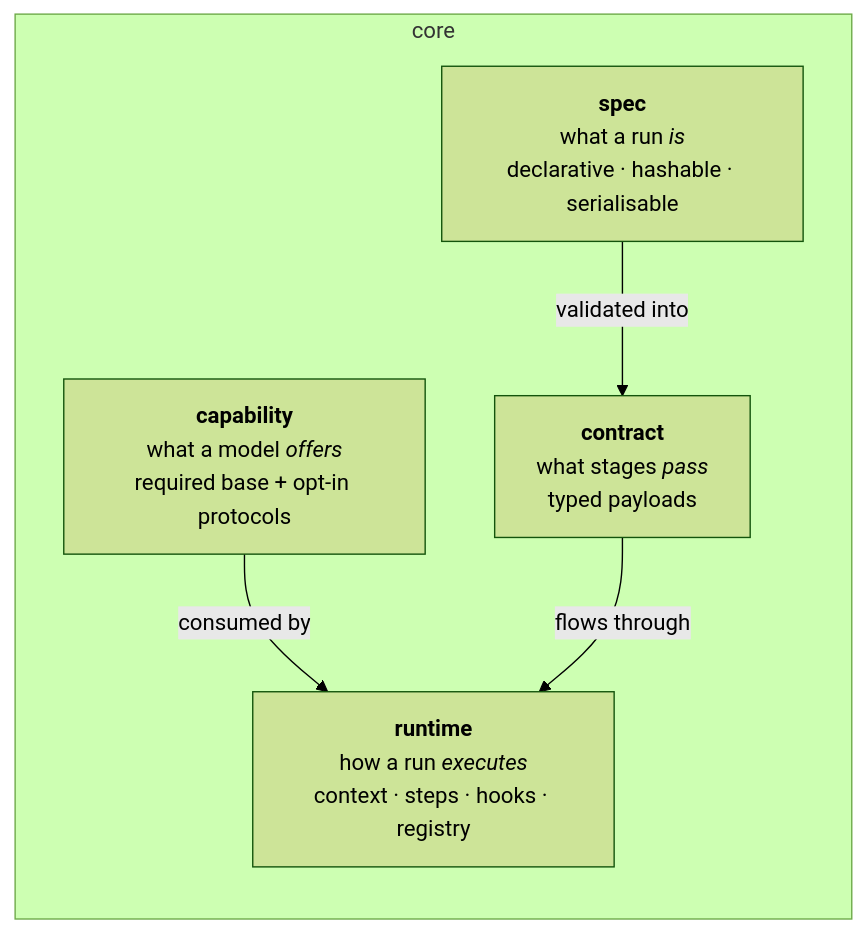
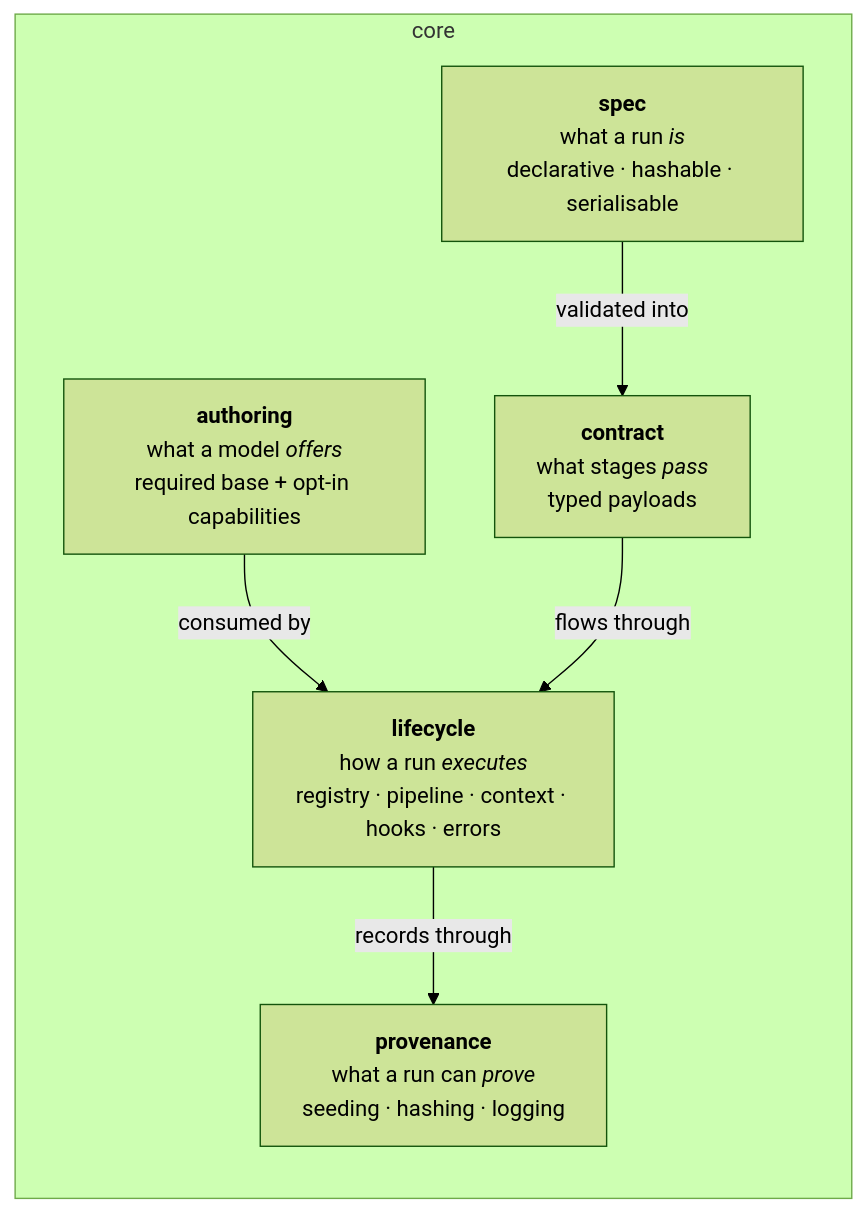
One commit to JStevens95/QuantStrata changed the fourth of 17 diagrams in src/rade_qnet/docs/ARCHITECTURE.md. Above: the diagram before and after it, drawn with Mermaid (forest theme). The commit also changed other lines of this file and 43 other files, not shown here.

````diff
--- a/src/rade_qnet/docs/ARCHITECTURE.md
+++ b/src/rade_qnet/docs/ARCHITECTURE.md
@@ -182,13 +182,15 @@
 ```mermaid
 flowchart LR
     subgraph CORE["core"]
         direction TB
         SPEC["<b>spec</b><br/>what a run <i>is</i><br/>declarative · hashable · serialisable"]
         CONTRACT["<b>contract</b><br/>what stages <i>pass</i><br/>typed payloads"]
-        CAPABILITY["<b>capability</b><br/>what a model <i>offers</i><br/>required base + opt-in protocols"]
-        RUNTIME["<b>runtime</b><br/>how a run <i>executes</i><br/>context · steps · hooks · registry"]
+        AUTHORING["<b>authoring</b><br/>what a model <i>offers</i><br/>required base + opt-in capabilities"]
+        LIFECYCLE["<b>lifecycle</b><br/>how a run <i>executes</i><br/>registry · pipeline · context · hooks · errors"]
+        PROVENANCE["<b>provenance</b><br/>what a run can <i>prove</i><br/>seeding · hashing · logging"]
     end
     SPEC -->|validated into| CONTRACT
-    CAPABILITY -->|consumed by| RUNTIME
-    CONTRACT -->|flows through| RUNTIME
+    AUTHORING -->|consumed by| LIFECYCLE
+    CONTRACT -->|flows through| LIFECYCLE
+    LIFECYCLE -->|records through| PROVENANCE
 ```
````
